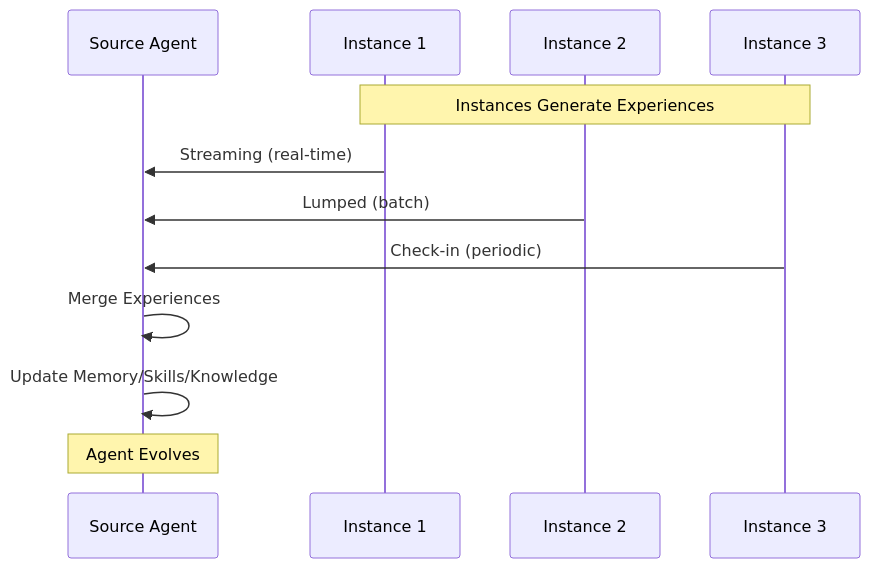
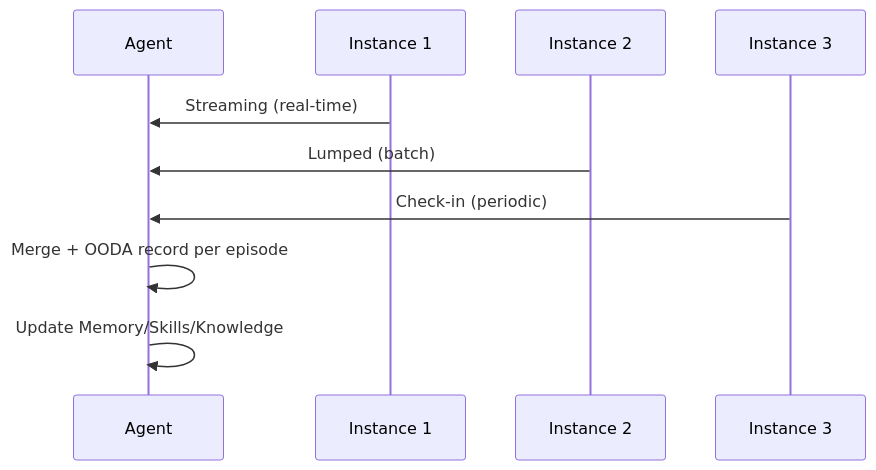
Before and after one commit to Replicant-Partners/Chrysalis: the fifth of 8 diagrams in ARCHITECTURE.md, drawn with Mermaid. The commit also changed other lines of this file and 8 other files, not shown here.

````diff
--- a/ARCHITECTURE.md
+++ b/ARCHITECTURE.md
@@ -160,18 +156,13 @@
 ```mermaid
 sequenceDiagram
-    participant S as Source Agent
+    participant S as Agent
     participant I1 as Instance 1
     participant I2 as Instance 2
     participant I3 as Instance 3
     
-    Note over I1,I3: Instances Generate Experiences
-    
     I1->>S: Streaming (real-time)
     I2->>S: Lumped (batch)
     I3->>S: Check-in (periodic)
-    
-    S->>S: Merge Experiences
+    S->>S: Merge + OODA record per episode
     S->>S: Update Memory/Skills/Knowledge
-    
-    Note over S: Agent Evolves
 ```
````
